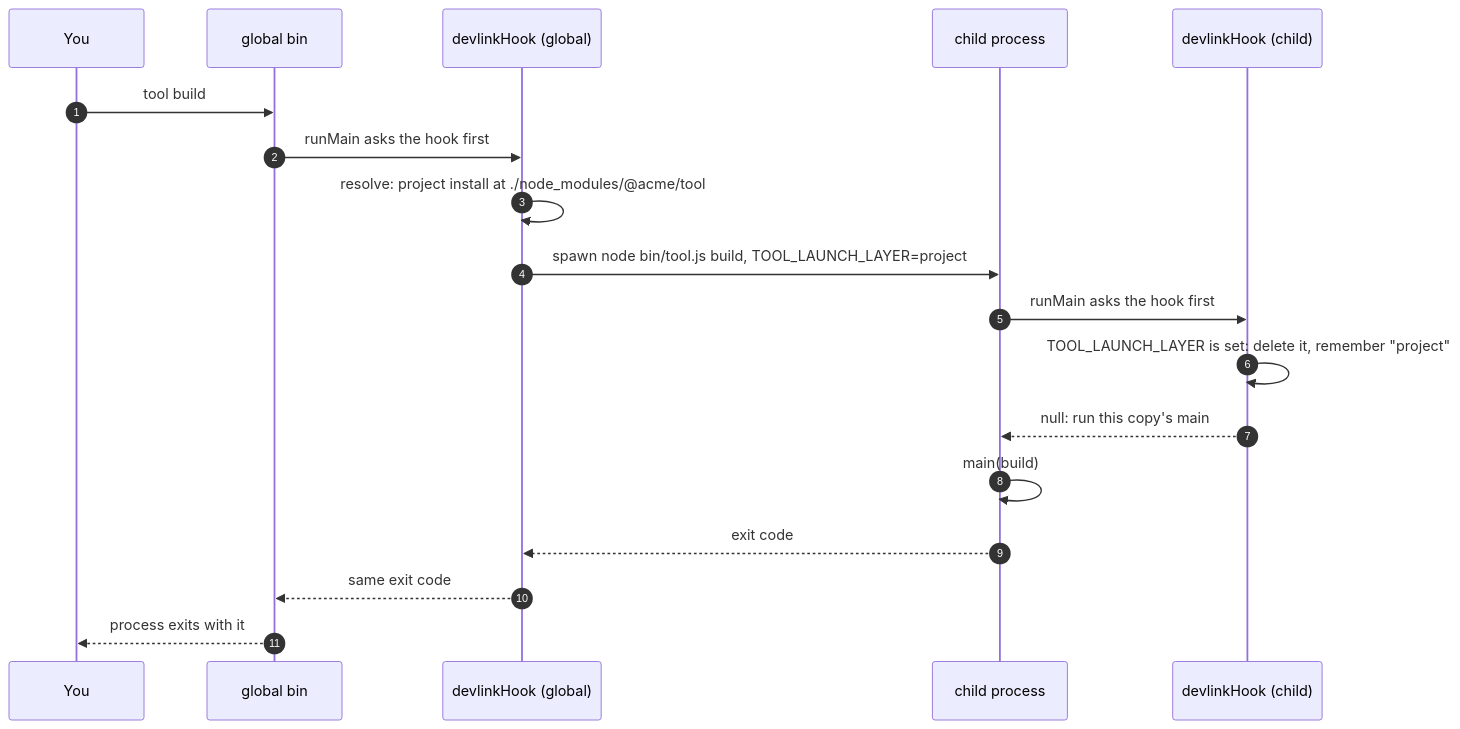
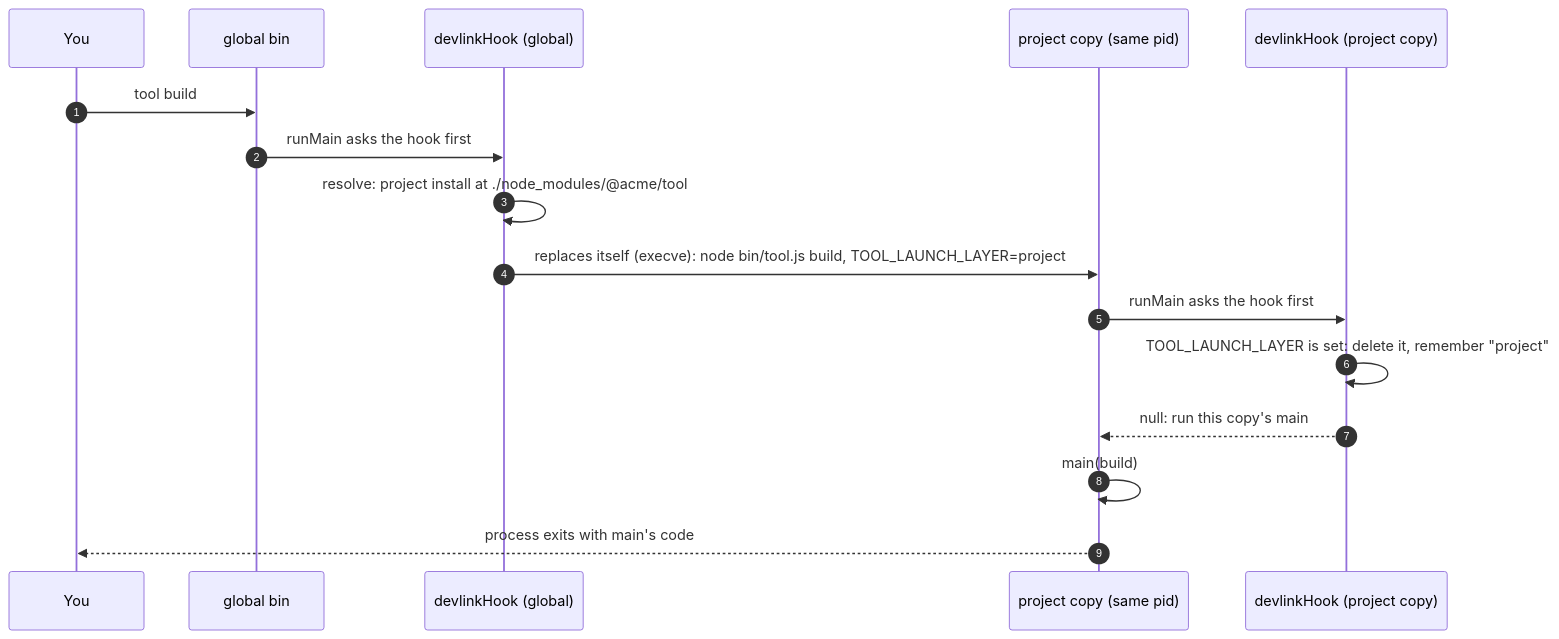
The second of 2 diagrams in packages/ts/cli-tool/docs/guide/launch-order.md (osdlc/osdlc), drawn with Mermaid before and after one commit. The commit also changed other lines of this file and 9 other files, not shown here.

First line of the commit message:
cli-tool: hand off with execve on POSIX, spawn only as the fallback

````diff
--- a/packages/ts/cli-tool/docs/guide/launch-order.md
+++ b/packages/ts/cli-tool/docs/guide/launch-order.md
@@ -65,20 +65,18 @@
 ```mermaid
 sequenceDiagram
   autonumber
   participant You
   participant G as global bin
   participant H as devlinkHook (global)
-  participant C as child process
-  participant HC as devlinkHook (child)
+  participant C as project copy (same pid)
+  participant HC as devlinkHook (project copy)
   You->>G: tool build
   G->>H: runMain asks the hook first
   H->>H: resolve: project install at ./node_modules/@acme/tool
-  H->>C: spawn node bin/tool.js build, TOOL_LAUNCH_LAYER=project
+  H->>C: replaces itself (execve): node bin/tool.js build, TOOL_LAUNCH_LAYER=project
   C->>HC: runMain asks the hook first
   HC->>HC: TOOL_LAUNCH_LAYER is set: delete it, remember "project"
   HC-->>C: null: run this copy's main
   C->>C: main(build)
-  C-->>H: exit code
-  H-->>G: same exit code
-  G-->>You: process exits with it
+  C-->>You: process exits with main's code
 ```
````
